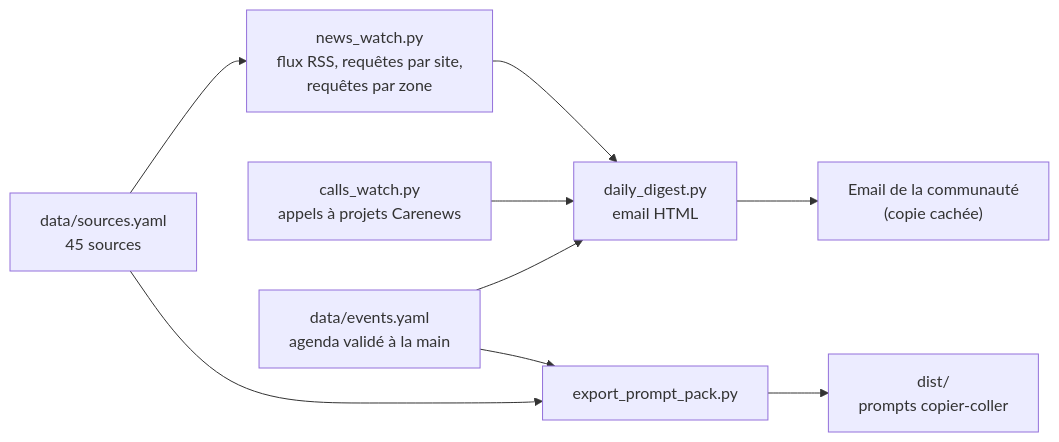
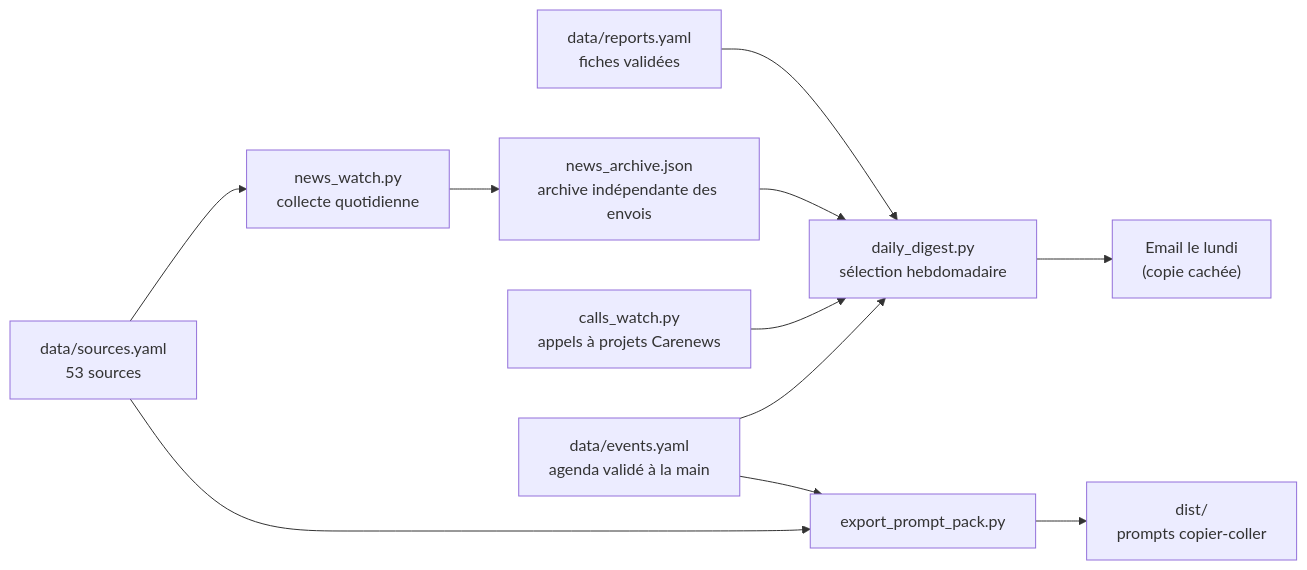
Before and after one commit to eplr/veille-nif: the diagram in README.md, drawn with Mermaid. The commit also changed other lines of this file and 23 other files, not shown here.

````diff
--- a/README.md
+++ b/README.md
@@ -14,11 +13,13 @@
 ```mermaid
 flowchart LR
-  S["data/sources.yaml<br/>45 sources"] --> N["news_watch.py<br/>flux RSS, requêtes par site,<br/>requêtes par zone"]
+  S["data/sources.yaml<br/>53 sources"] --> N["news_watch.py<br/>collecte quotidienne"]
   E["data/events.yaml<br/>agenda validé à la main"] --> D
   C["calls_watch.py<br/>appels à projets Carenews"] --> D
-  N --> D["daily_digest.py<br/>email HTML"]
-  D --> M["Email de la communauté<br/>(copie cachée)"]
+  N --> A["news_archive.json<br/>archive indépendante des envois"]
+  A --> D["daily_digest.py<br/>sélection hebdomadaire"]
+  R["data/reports.yaml<br/>fiches validées"] --> D
+  D --> M["Email le lundi<br/>(copie cachée)"]
   S --> P["export_prompt_pack.py"]
   E --> P
   P --> V["dist/<br/>prompts copier-coller"]
 ```
````
